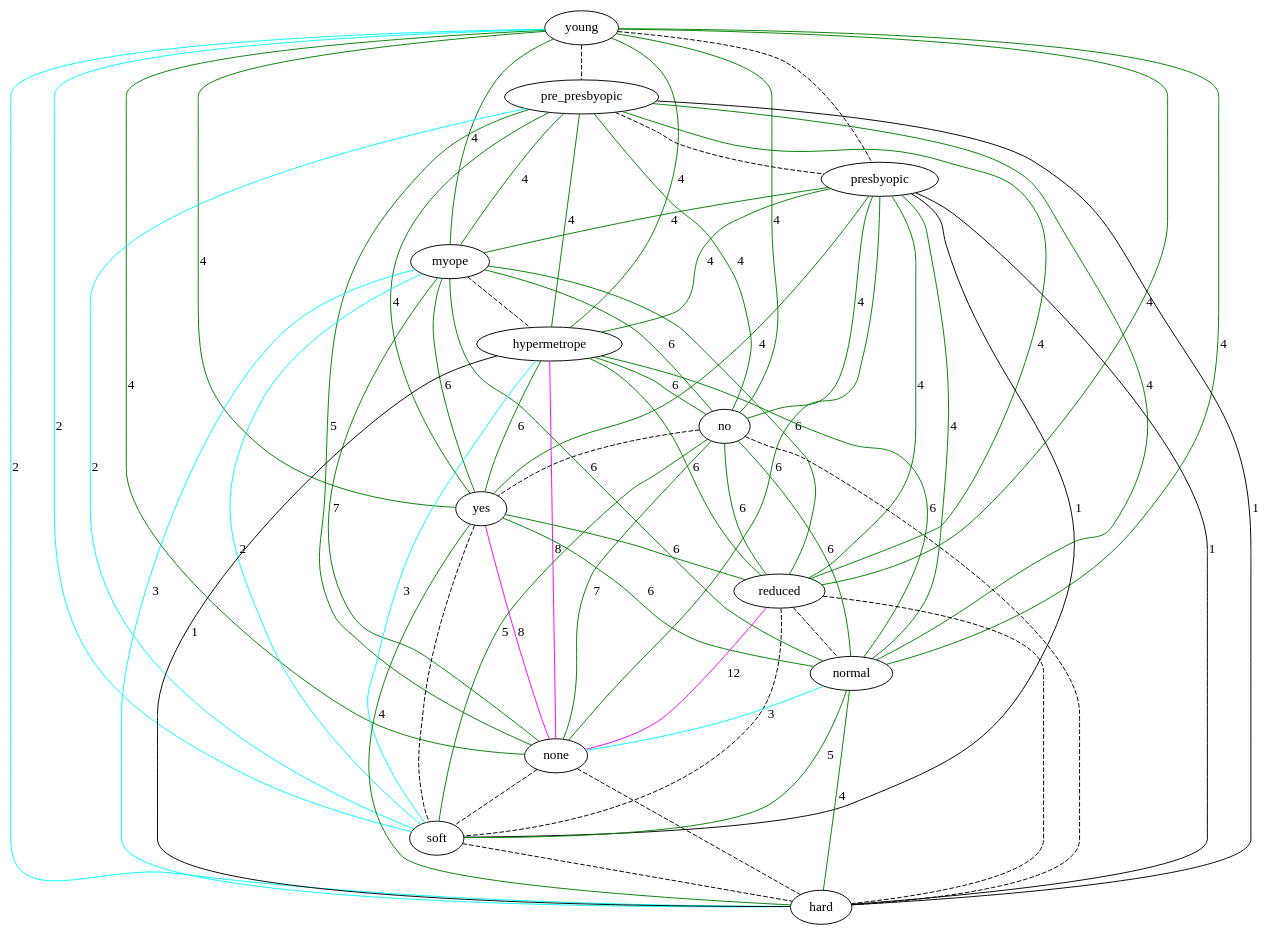
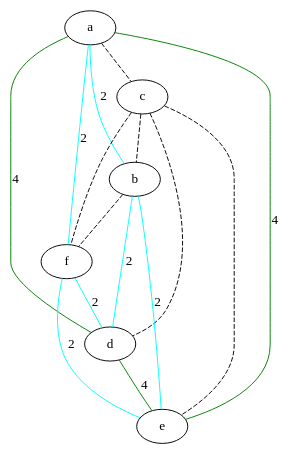
Before and after one commit to lrodrin/TFG: the diagram in src/final/exponentialGraph.dot, drawn with Graphviz. The commit also changed 13 other files, not shown here.

```diff
--- a/src/final/exponentialGraph.dot
+++ b/src/final/exponentialGraph.dot
@@ -1,80 +1,23 @@
 strict graph "" {
-young;
-pre_presbyopic;
-presbyopic;
-myope;
-hypermetrope;
-no;
-yes;
-reduced;
-normal;
-none;
-soft;
-hard;
-young -- pre_presbyopic  [color=black, style=dashed];
-young -- presbyopic  [color=black, style=dashed];
-young -- myope  [color=green, label=4, style=solid];
-young -- hypermetrope  [color=green, label=4, style=solid];
-young -- no  [color=green, label=4, style=solid];
-young -- yes  [color=green, label=4, style=solid];
-young -- reduced  [color=green, label=4, style=solid];
-young -- normal  [color=green, label=4, style=solid];
-young -- none  [color=green, label=4, style=solid];
-young -- soft  [color=cyan, label=2, style=solid];
-young -- hard  [color=cyan, label=2, style=solid];
-pre_presbyopic -- presbyopic  [color=black, style=dashed];
-pre_presbyopic -- myope  [color=green, label=4, style=solid];
-pre_presbyopic -- hypermetrope  [color=green, label=4, style=solid];
-pre_presbyopic -- no  [color=green, label=4, style=solid];
-pre_presbyopic -- yes  [color=green, label=4, style=solid];
-pre_presbyopic -- reduced  [color=green, label=4, style=solid];
-pre_presbyopic -- normal  [color=green, label=4, style=solid];
-pre_presbyopic -- none  [color=green, label=5, style=solid];
-pre_presbyopic -- soft  [color=cyan, label=2, style=solid];
-pre_presbyopic -- hard  [color=black, label=1, style=solid];
-presbyopic -- myope  [color=green, label=4, style=solid];
-presbyopic -- hypermetrope  [color=green, label=4, style=solid];
-presbyopic -- no  [color=green, label=4, style=solid];
-presbyopic -- yes  [color=green, label=4, style=solid];
-presbyopic -- reduced  [color=green, label=4, style=solid];
-presbyopic -- normal  [color=green, label=4, style=solid];
-presbyopic -- none  [color=green, label=6, style=solid];
-presbyopic -- soft  [color=black, label=1, style=solid];
-presbyopic -- hard  [color=black, label=1, style=solid];
-myope -- hypermetrope  [color=black, style=dashed];
-myope -- no  [color=green, label=6, style=solid];
-myope -- yes  [color=green, label=6, style=solid];
-myope -- reduced  [color=green, label=6, style=solid];
-myope -- normal  [color=green, label=6, style=solid];
-myope -- none  [color=green, label=7, style=solid];
-myope -- soft  [color=cyan, label=2, style=solid];
-myope -- hard  [color=cyan, label=3, style=solid];
-hypermetrope -- no  [color=green, label=6, style=solid];
-hypermetrope -- yes  [color=green, label=6, style=solid];
-hypermetrope -- reduced  [color=green, label=6, style=solid];
-hypermetrope -- normal  [color=green, label=6, style=solid];
-hypermetrope -- none  [color=magenta, label=8, style=solid];
-hypermetrope -- soft  [color=cyan, label=3, style=solid];
-hypermetrope -- hard  [color=black, label=1, style=solid];
-no -- yes  [color=black, style=dashed];
-no -- reduced  [color=green, label=6, style=solid];
-no -- normal  [color=green, label=6, style=solid];
-no -- none  [color=green, label=7, style=solid];
-no -- soft  [color=green, label=5, style=solid];
-no -- hard  [color=black, style=dashed];
-yes -- reduced  [color=green, label=6, style=solid];
-yes -- normal  [color=green, label=6, style=solid];
-yes -- none  [color=magenta, label=8, style=solid];
-yes -- soft  [color=black, style=dashed];
-yes -- hard  [color=green, label=4, style=solid];
-reduced -- normal  [color=black, style=dashed];
-reduced -- none  [color=magenta, label=12, style=solid];
-reduced -- soft  [color=black, style=dashed];
-reduced -- hard  [color=black, style=dashed];
-normal -- none  [color=cyan, label=3, style=solid];
-normal -- soft  [color=green, label=5, style=solid];
-normal -- hard  [color=green, label=4, style=solid];
-none -- soft  [color=black, style=dashed];
-none -- hard  [color=black, style=dashed];
-soft -- hard  [color=black, style=dashed];
+a;
+c;
+b;
+f;
+d;
+e;
+a -- c  [color=black, style=dashed];
+a -- b  [color=cyan, label=2, style=solid];
+a -- f  [color=cyan, label=2, style=solid];
+a -- d  [color=green, label=4, style=solid];
+a -- e  [color=green, label=4, style=solid];
+c -- b  [color=black, style=dashed];
+c -- f  [color=black, style=dashed];
+c -- d  [color=black, style=dashed];
+c -- e  [color=black, style=dashed];
+b -- f  [color=black, style=dashed];
+b -- d  [color=cyan, label=2, style=solid];
+b -- e  [color=cyan, label=2, style=solid];
+f -- d  [color=cyan, label=2, style=solid];
+f -- e  [color=cyan, label=2, style=solid];
+d -- e  [color=green, label=4, style=solid];
 }
```
